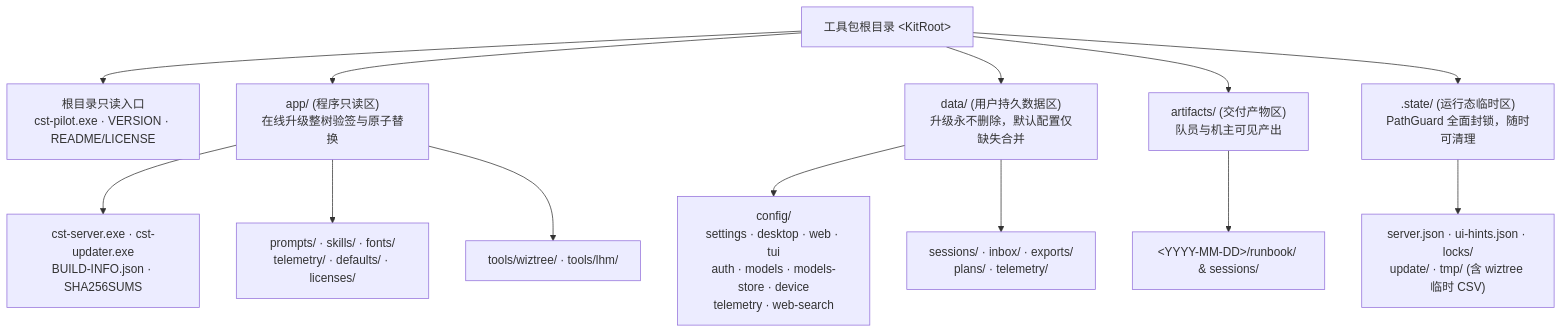
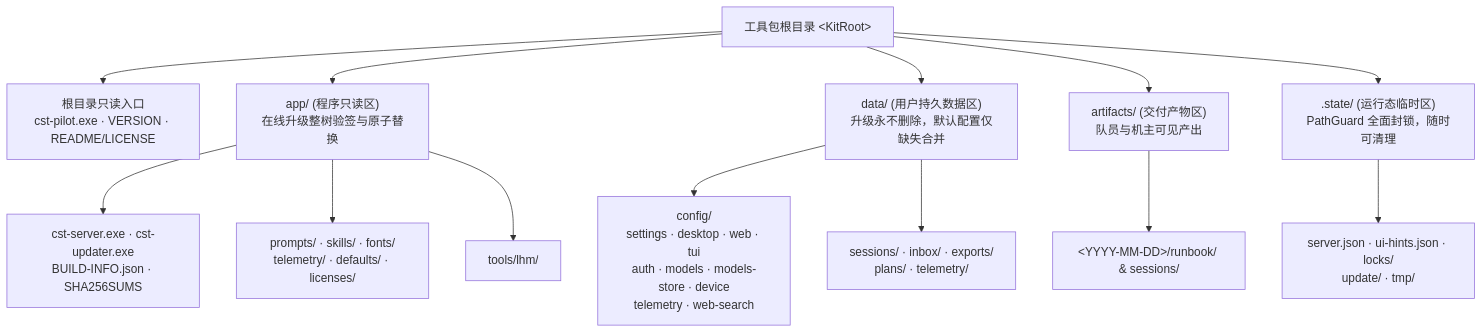
The diagram in doc/rust/plan/9.2.config-isolation-and-packaging.md (SCAU-Computer-Serving-Team/cst-pilot), drawn with Mermaid before and after one commit. The commit also changed other lines of this file and 44 other files, not shown here.

````diff
--- a/doc/rust/plan/9.2.config-isolation-and-packaging.md
+++ b/doc/rust/plan/9.2.config-isolation-and-packaging.md
@@ -22,19 +22,19 @@
 ```mermaid
 flowchart TB
     Root["工具包根目录 &lt;KitRoot&gt;"] --> Entry["根目录只读入口<br/>cst-pilot.exe · VERSION · README/LICENSE"]
     Root --> App["app/ (程序只读区)<br/>在线升级整树验签与原子替换"]
     Root --> Data["data/ (用户持久数据区)<br/>升级永不删除，默认配置仅缺失合并"]
     Root --> Art["artifacts/ (交付产物区)<br/>队员与机主可见产出"]
     Root --> State[".state/ (运行态临时区)<br/>PathGuard 全面封锁，随时可清理"]
 
     App --> A_Bin["cst-server.exe · cst-updater.exe<br/>BUILD-INFO.json · SHA256SUMS"]
     App --> A_Res["prompts/ · skills/ · fonts/<br/>telemetry/ · defaults/ · licenses/"]
-    App --> A_Tools["tools/wiztree/ · tools/lhm/"]
+    App --> A_Tools["tools/lhm/"]
 
     Data --> D_Cfg["config/<br/>settings · desktop · web · tui<br/>auth · models · models-store · device<br/>telemetry · web-search"]
     Data --> D_Work["sessions/ · inbox/ · exports/<br/>plans/ · telemetry/"]
 
     Art --> Art_Day["&lt;YYYY-MM-DD&gt;/runbook/ &amp; sessions/"]
 
-    State --> S_Run["server.json · ui-hints.json · locks/<br/>update/ · tmp/ (含 wiztree 临时 CSV)"]
+    State --> S_Run["server.json · ui-hints.json · locks/<br/>update/ · tmp/"]
 ```
````
